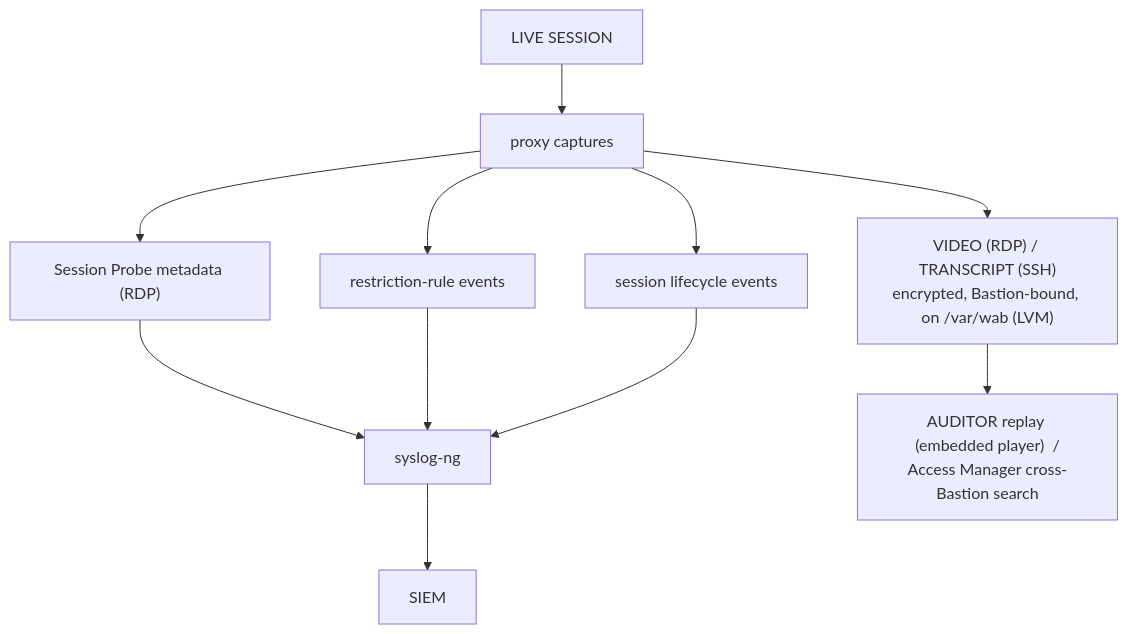
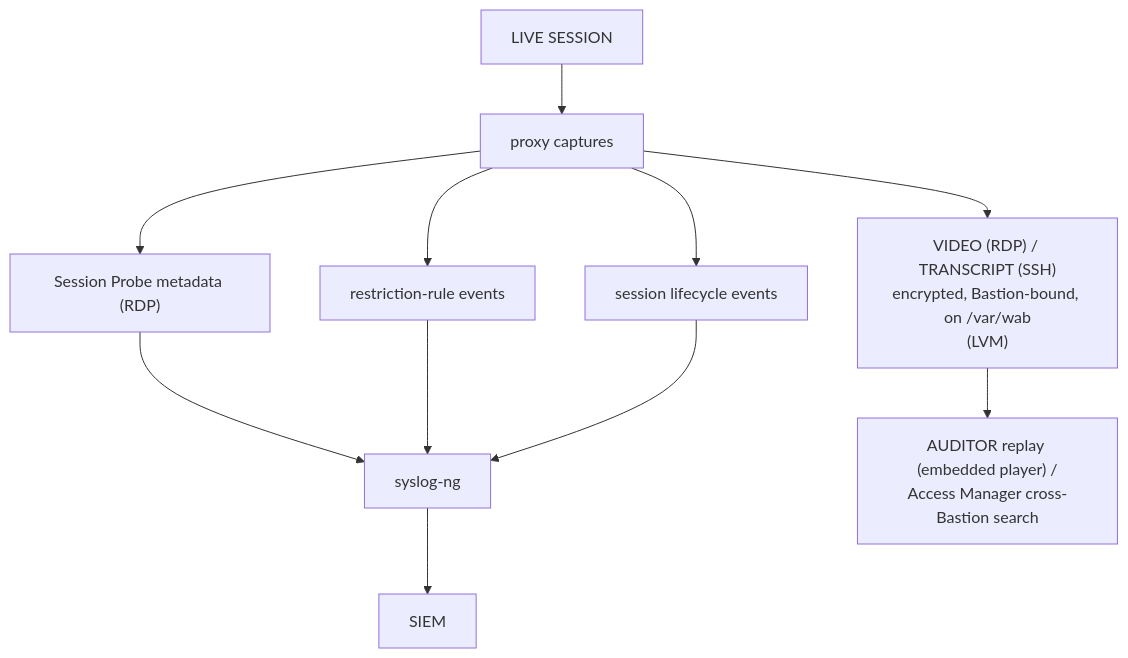
The second of 4 diagrams in deep-dives/session-management.md (morandeirachema/WallixCerts), drawn with Mermaid before and after one commit. The commit also changed other lines of this file and 37 other files, not shown here.

First line of the commit message:
Make Mermaid node boxes fit their text (wrap long labels) + enforce it

````diff
--- a/deep-dives/session-management.md
+++ b/deep-dives/session-management.md
@@ -116,13 +116,13 @@
 ```mermaid
 flowchart TD
     Live["LIVE SESSION"] --> Capture["proxy captures"]
-    Capture --> Rec["VIDEO (RDP) / TRANSCRIPT (SSH)<br/>encrypted, Bastion-bound, on /var/wab (LVM)"]
+    Capture --> Rec["VIDEO (RDP) / TRANSCRIPT (SSH)<br/>encrypted, Bastion-bound, on /var/wab<br/>(LVM)"]
     Capture --> Probe["Session Probe metadata (RDP)"]
     Capture --> Restr["restriction-rule events"]
     Capture --> Lifecycle["session lifecycle events"]
     Probe --> Syslog["syslog-ng"]
     Restr --> Syslog
     Lifecycle --> Syslog
     Syslog --> SIEM["SIEM"]
-    Rec --> Replay["AUDITOR replay (embedded player)  /<br/>Access Manager cross-Bastion search"]
+    Rec --> Replay["AUDITOR replay (embedded player) /<br/>Access Manager cross-Bastion search"]
 ```
````
